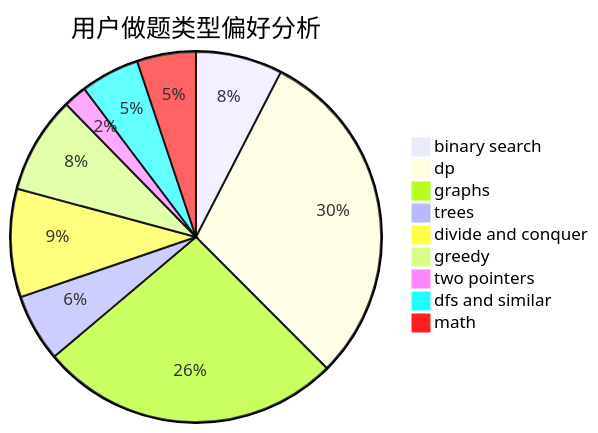
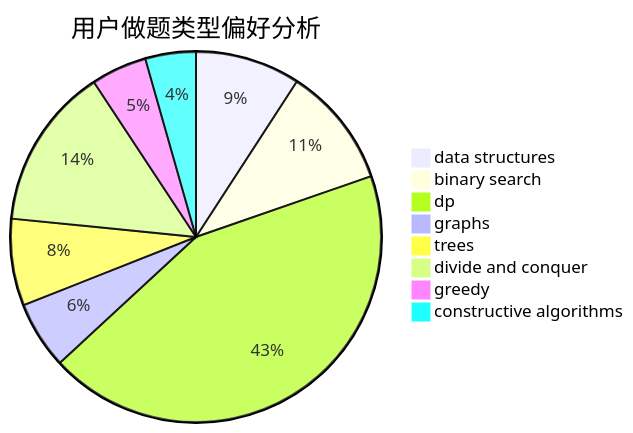
One commit to sherpahu/cfrs.github.io changed the second of 3 diagrams in docs/user/u539.md. Above: the diagram before and after it, drawn with Mermaid. The commit also changed other lines of this file and 2775 other files, not shown here.

````diff
--- a/docs/user/u539.md
+++ b/docs/user/u539.md
@@ -23,12 +23,11 @@
 ```mermaid
 pie title 用户做题类型偏好分析
-    "binary search" :  100
-    "dp" :  396
-    "graphs" :  348
-    "trees" :  78
+    "data structures" :  81
+    "binary search" :  93
+    "dp" :  384
+    "graphs" :  52
+    "trees" :  67
     "divide and conquer" :  125
-    "greedy" :  112
-    "two pointers" :  27
-    "dfs and similar" :  68
-    "math" :  68
+    "greedy" :  43
+    "constructive algorithms" :  39
 ```
````
